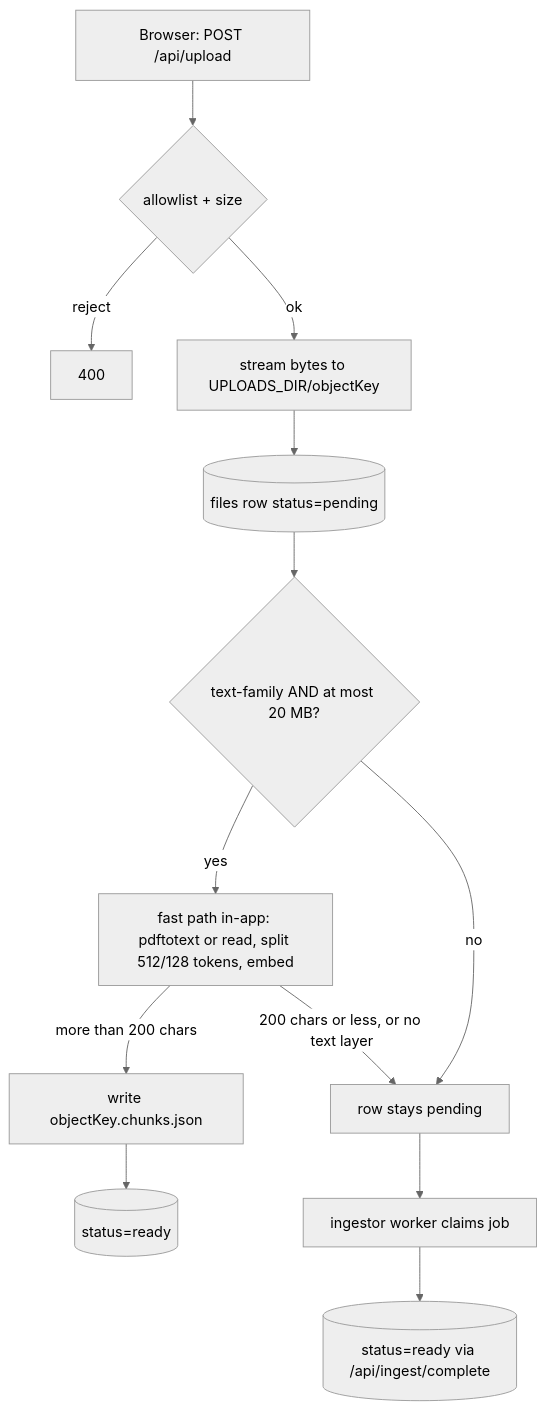
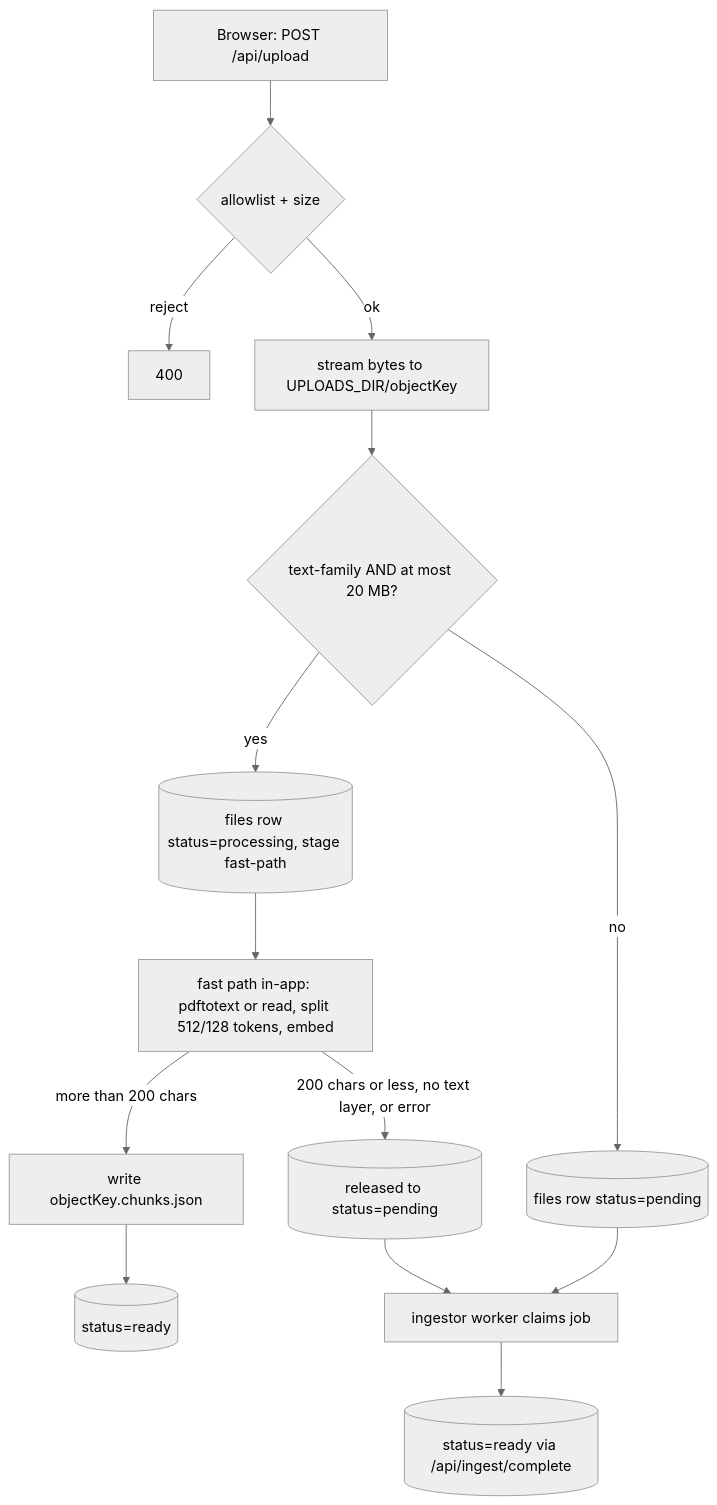
The first of 2 diagrams in docs-site/docs/knowledge/rag-uploads.md (hbqdev/ask), drawn with Mermaid (neutral theme) before and after one commit. The commit also changed other lines of this file and 12 other files, not shown here.

````diff
--- a/docs-site/docs/knowledge/rag-uploads.md
+++ b/docs-site/docs/knowledge/rag-uploads.md
@@ -59,15 +59,16 @@
 ```mermaid
 flowchart TD
   U[Browser: POST /api/upload] --> A{allowlist + size}
   A -- reject --> X[400]
   A -- ok --> D[stream bytes to UPLOADS_DIR/objectKey]
-  D --> R[(files row status=pending)]
-  R --> F{text-family AND at most 20 MB?}
-  F -- yes --> FP[fast path in-app: pdftotext or read, split 512/128 tokens, embed]
+  D --> F{text-family AND at most 20 MB?}
+  F -- yes --> RP[(files row status=processing, stage fast-path)]
+  RP --> FP[fast path in-app: pdftotext or read, split 512/128 tokens, embed]
   FP -->|more than 200 chars| S[write objectKey.chunks.json]
   S --> RDY[(status=ready)]
-  FP -->|200 chars or less, or no text layer| P2[row stays pending]
-  F -- no --> P2
+  FP -->|200 chars or less, no text layer, or error| P2[(released to status=pending)]
+  F -- no --> P1[(files row status=pending)]
+  P1 --> W
   P2 --> W[ingestor worker claims job]
   W --> RDY2[(status=ready via /api/ingest/complete)]
 ```
````
